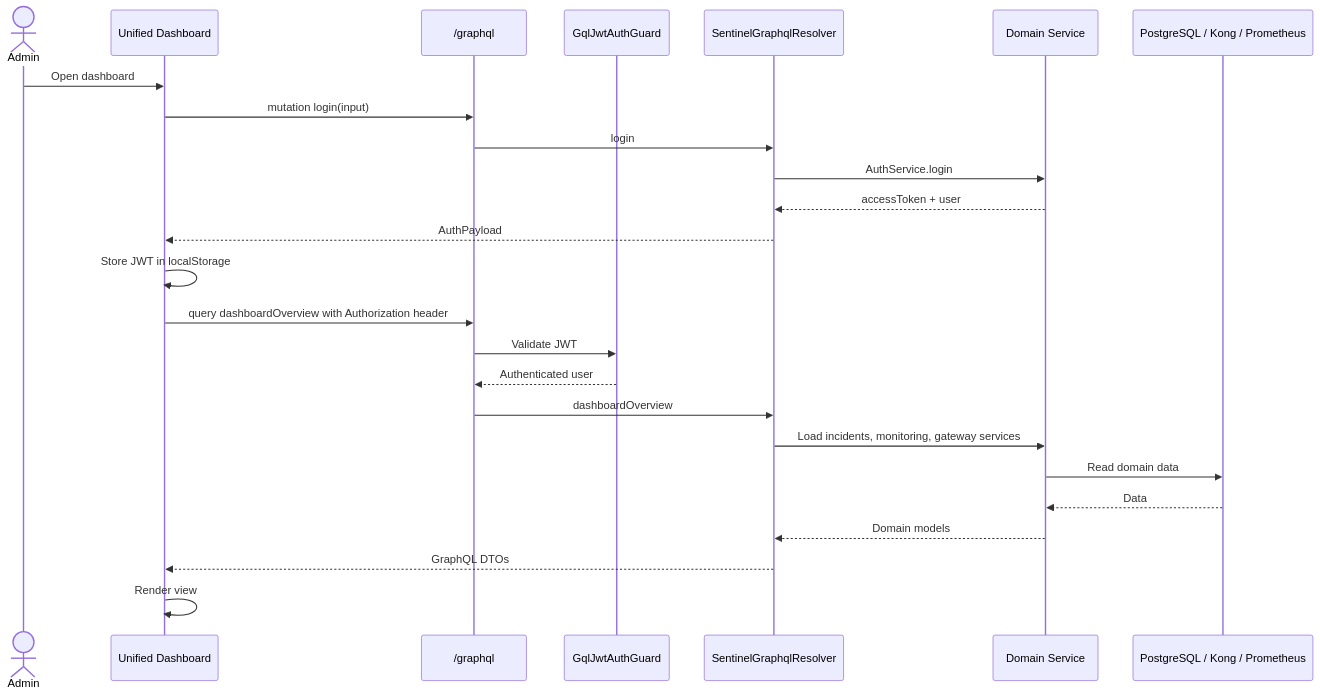
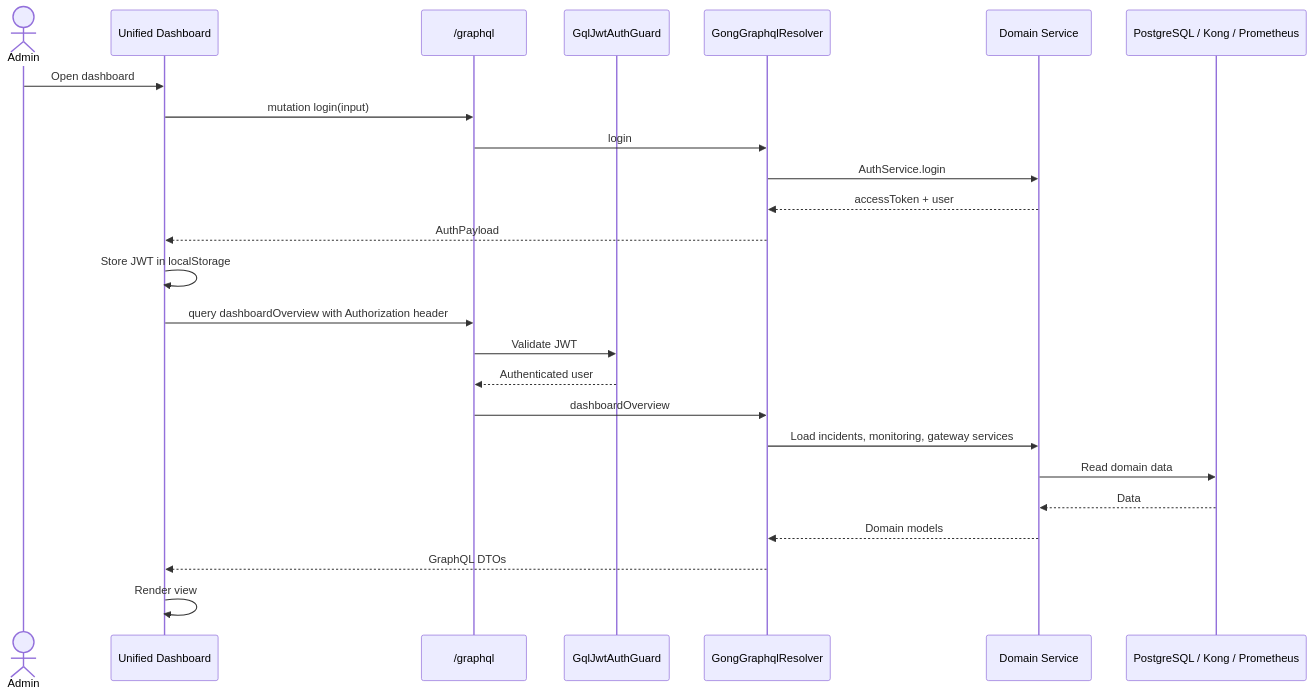
The sixth of 17 diagrams in ARCHITECTUR.md (WEB-TEAM-2526-GL3/Gong-Gateway), drawn with Mermaid before and after one commit. The commit also changed other lines of this file and 17 other files, not shown here.

````diff
--- a/ARCHITECTUR.md
+++ b/ARCHITECTUR.md
@@ -248,29 +248,29 @@
 ```mermaid
 sequenceDiagram
   actor Admin
   participant Dashboard as Unified Dashboard
   participant GraphQL as /graphql
   participant Guard as GqlJwtAuthGuard
-  participant Resolver as SentinelGraphqlResolver
+  participant Resolver as GongGraphqlResolver
   participant Service as Domain Service
   participant DB as PostgreSQL / Kong / Prometheus
 
   Admin->>Dashboard: Open dashboard
   Dashboard->>GraphQL: mutation login(input)
   GraphQL->>Resolver: login
   Resolver->>Service: AuthService.login
   Service-->>Resolver: accessToken + user
   Resolver-->>Dashboard: AuthPayload
   Dashboard->>Dashboard: Store JWT in localStorage
 
   Dashboard->>GraphQL: query dashboardOverview with Authorization header
   GraphQL->>Guard: Validate JWT
   Guard-->>GraphQL: Authenticated user
   GraphQL->>Resolver: dashboardOverview
   Resolver->>Service: Load incidents, monitoring, gateway services
   Service->>DB: Read domain data
   DB-->>Service: Data
   Service-->>Resolver: Domain models
   Resolver-->>Dashboard: GraphQL DTOs
   Dashboard->>Dashboard: Render view
 ```
````
